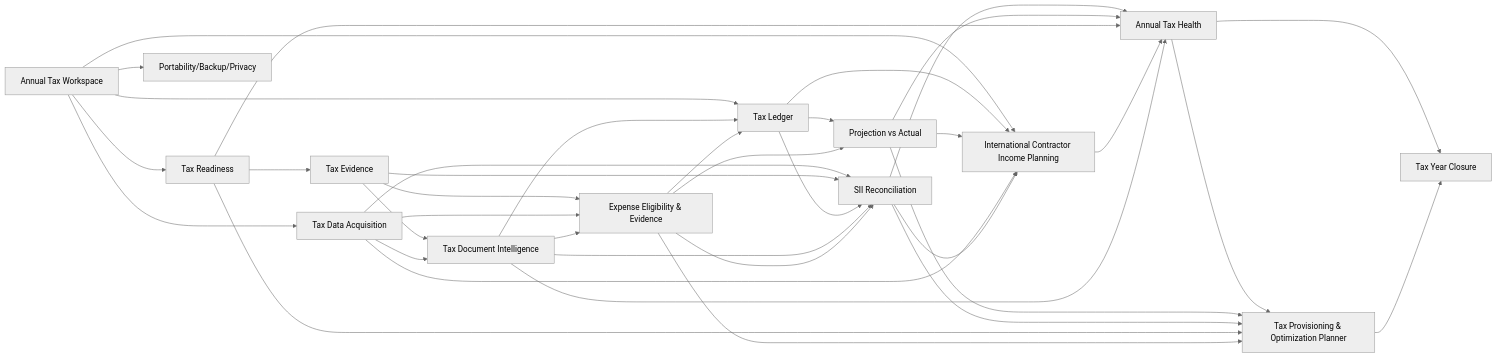
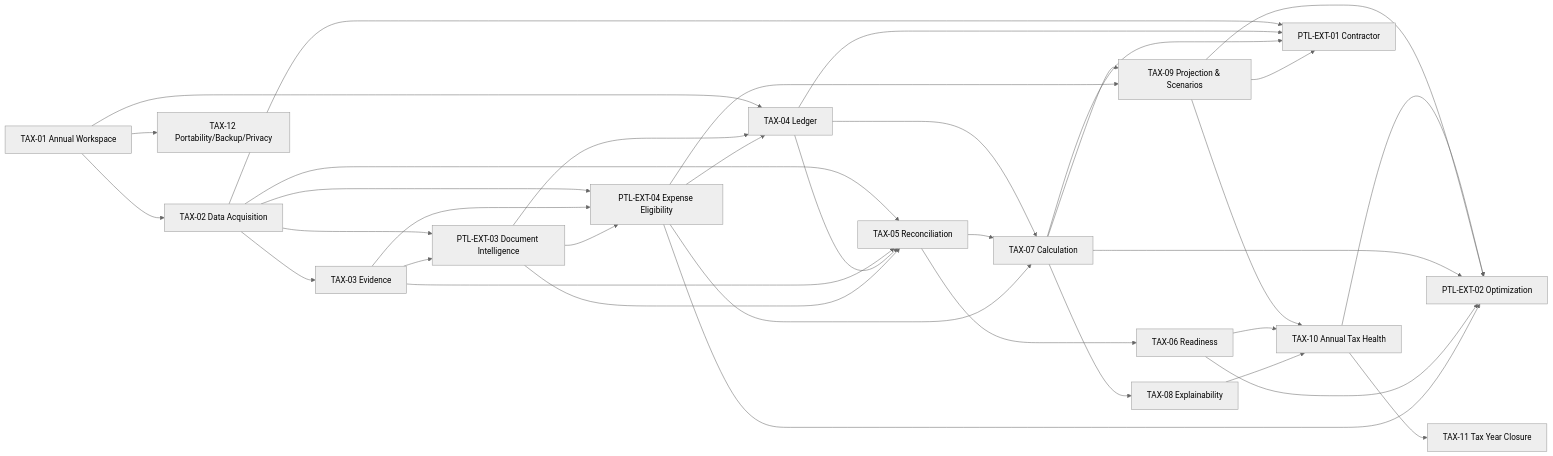
Before and after one commit to adumun/personal-tax-ledger: the diagram in docs/backlog/tax-management-expansion.md, drawn with Mermaid (neutral theme). The commit also changed other lines of this file, not shown here.

Commit message:
docs(backlog): align TAX-01..12 and separate PTL extension epics

````diff
--- a/docs/backlog/tax-management-expansion.md
+++ b/docs/backlog/tax-management-expansion.md
@@ -128,43 +154,42 @@
 ```mermaid
 flowchart LR
-  W[Annual Tax Workspace] --> R[Tax Readiness]
-  W --> L[Tax Ledger]
-  W --> A[Tax Data Acquisition]
-  R --> E[Tax Evidence]
-  L --> P[Projection vs Actual]
-  A --> C[SII Reconciliation]
-  E --> C
-  L --> C
-  C --> H[Annual Tax Health]
-  P --> H
-  R --> H
-  H --> Y[Tax Year Closure]
-  W --> B[Portability/Backup/Privacy]
+  W[TAX-01 Annual Workspace] --> A[TAX-02 Data Acquisition]
+  A --> E[TAX-03 Evidence]
+  W --> L[TAX-04 Ledger]
+  A --> R[TAX-05 Reconciliation]
+  E --> R
+  L --> R
+  R --> RD[TAX-06 Readiness]
+  L --> C[TAX-07 Calculation]
+  R --> C
+  C --> X[TAX-08 Explainability]
+  C --> P[TAX-09 Projection & Scenarios]
+  P --> H[TAX-10 Annual Tax Health]
+  RD --> H
+  X --> H
+  H --> Y[TAX-11 Tax Year Closure]
+  W --> B[TAX-12 Portability/Backup/Privacy]
 
-  W --> IC[International Contractor Income Planning]
+  A --> IC[PTL-EXT-01 Contractor]
   L --> IC
+  C --> IC
   P --> IC
-  A --> IC
-  C --> IC
-  IC --> H
 
-  H --> O[Tax Provisioning & Optimization Planner]
+  H --> O[PTL-EXT-02 Optimization]
   P --> O
   C --> O
-  R --> O
-  O --> Y
+  RD --> O
 
-  E --> D[Tax Document Intelligence]
-  A --> D
+  A --> D[PTL-EXT-03 Document Intelligence]
+  E --> D
   D --> L
-  D --> C
-  D --> H
+  D --> R
 
-  E --> X[Expense Eligibility & Evidence]
-  A --> X
-  D --> X
-  X --> L
-  X --> P
-  X --> O
-  X --> C
+  A --> G[PTL-EXT-04 Expense Eligibility]
+  E --> G
+  D --> G
+  G --> L
+  G --> C
+  G --> P
+  G --> O
 ```
````
